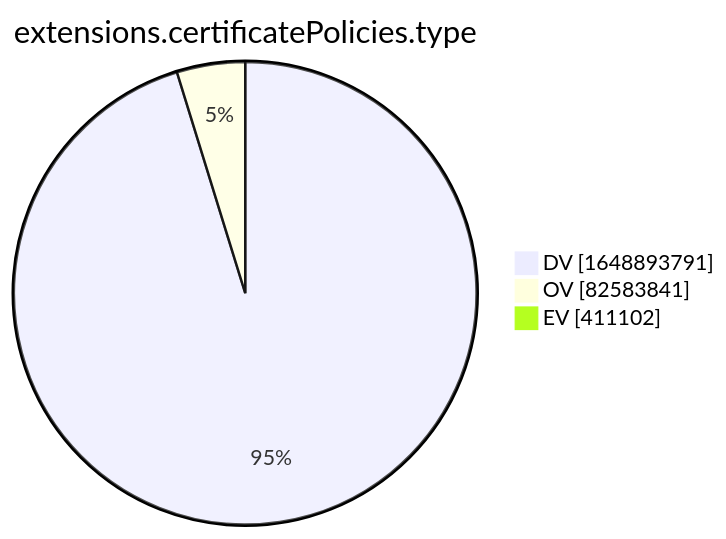
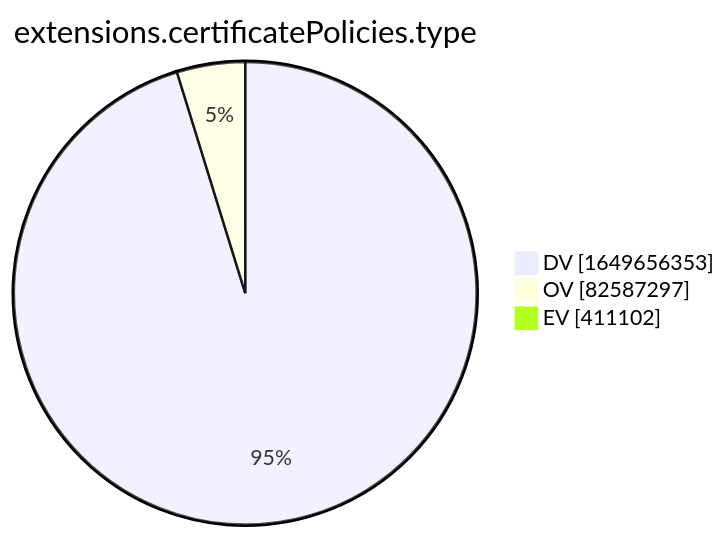
Before and after one commit to christiankrug/ctmonitor_visualization: the tenth of 15 diagrams in xenon2022/README.md, drawn with Mermaid. The commit also changed other lines of this file, not shown here.

````diff
--- a/xenon2022/README.md
+++ b/xenon2022/README.md
@@ -2880,7 +2880,7 @@
 ```mermaid
 pie showData
 title extensions.certificatePolicies.type
-"DV" :1648893791
-"OV" :82583841
+"DV" :1649656353
+"OV" :82587297
 "EV" :411102
 ```
````
